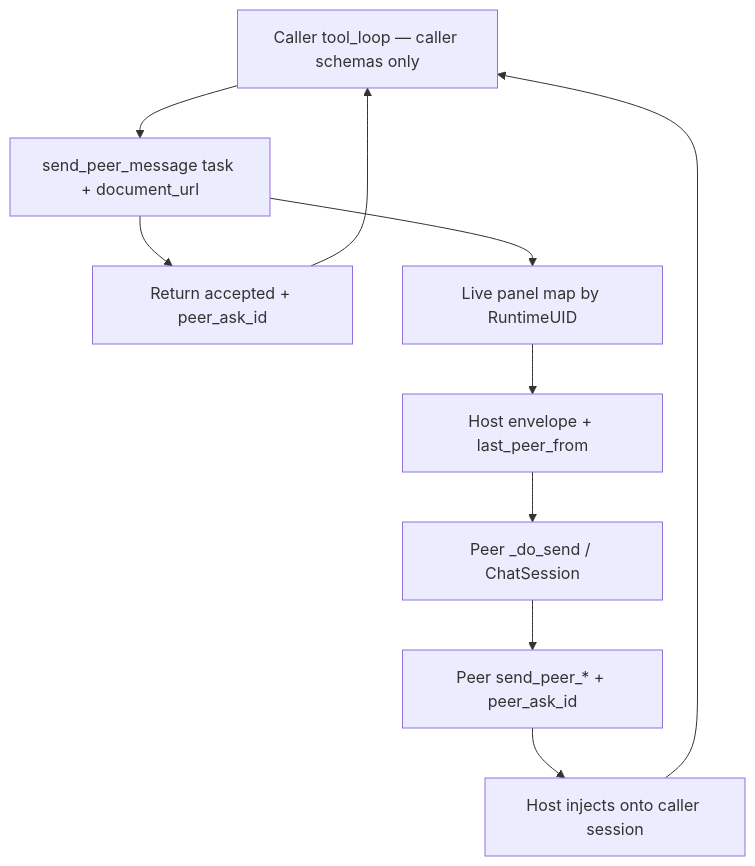
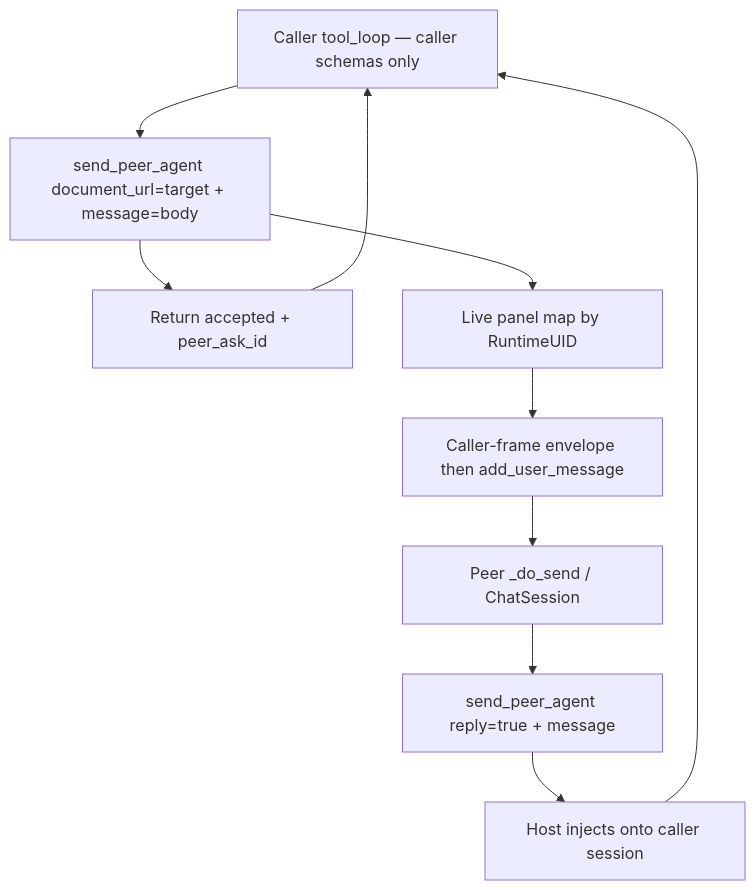
The second of 2 diagrams in docs/chat/peer-messaging.md (KeithCu/localwriter), drawn with Mermaid before and after one commit. The commit also changed other lines of this file and 2 other files, not shown here.

First line of the commit message:
Specify send_peer_agent caller-frame envelope.

````diff
--- a/docs/chat/peer-messaging.md
+++ b/docs/chat/peer-messaging.md
@@ -228,14 +243,14 @@
 ```mermaid
 flowchart TD
   Caller["Caller tool_loop — caller schemas only"]
-  Send["send_peer_message task + document_url"]
+  Send["send_peer_agent document_url=target + message=body"]
   Accept["Return accepted + peer_ask_id"]
   Map["Live panel map by RuntimeUID"]
-  Inject["Host envelope + last_peer_from"]
+  Inject["Caller-frame envelope then add_user_message"]
   PeerSend["Peer _do_send / ChatSession"]
-  Reply["Peer send_peer_* + peer_ask_id"]
+  Reply["send_peer_agent reply=true + message"]
   Back["Host injects onto caller session"]
 
   Caller --> Send --> Accept --> Caller
   Send --> Map --> Inject --> PeerSend --> Reply --> Back --> Caller
 ```
````
